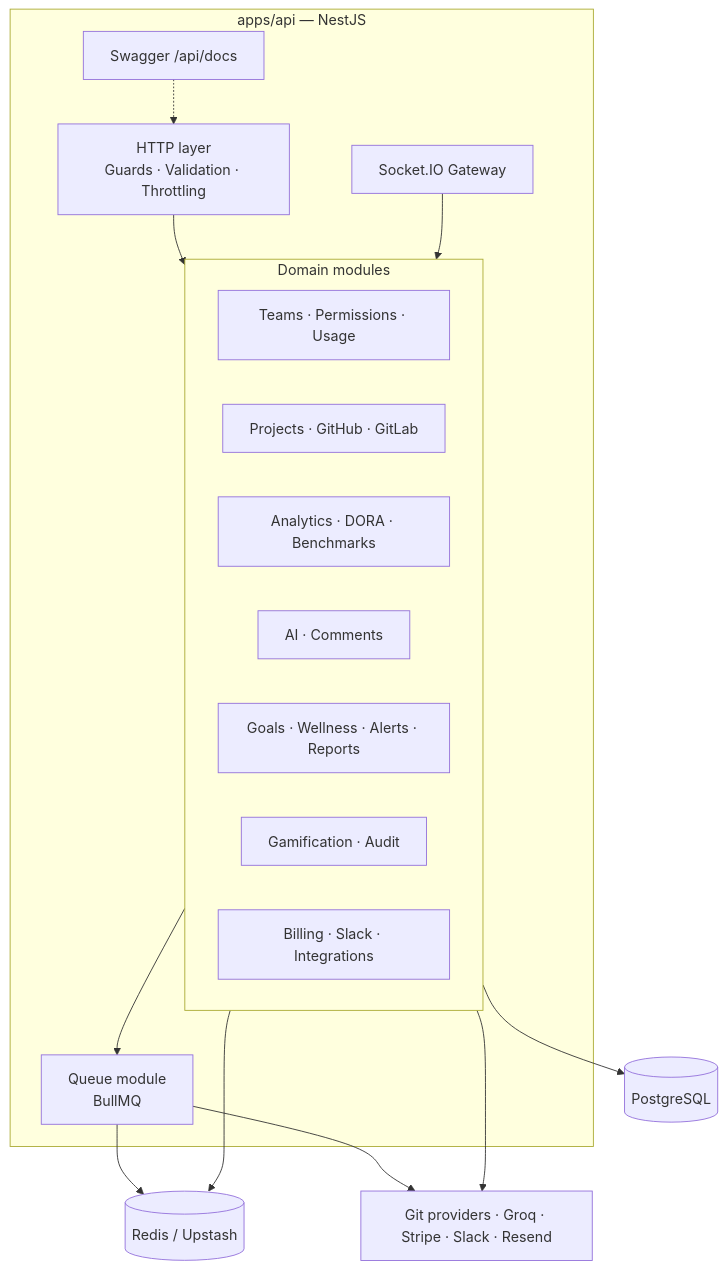
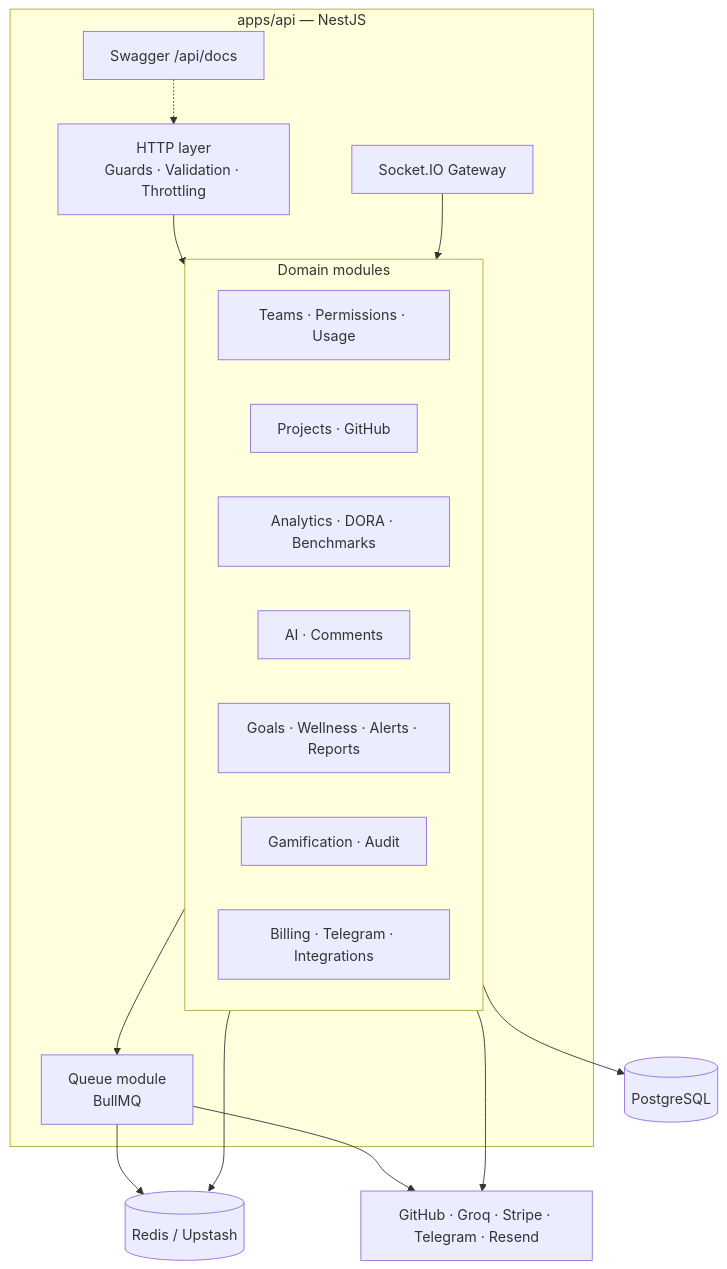
One commit to NajibHossain49/DevPulse changed the third of 4 diagrams in README.md. Above: the diagram before and after it, drawn with Mermaid. The commit also changed other lines of this file and 23 other files, not shown here.

First line of the commit message:
Refactor integrations to replace Slack with Telegram

````diff
--- a/README.md
+++ b/README.md
@@ -135,34 +135,34 @@
 ```mermaid
 flowchart TB
   subgraph NestAPI["apps/api — NestJS"]
     HTTP["HTTP layer<br/>Guards · Validation · Throttling"]
     Swagger["Swagger /api/docs"]
     WS["Socket.IO Gateway"]
 
     subgraph Domains["Domain modules"]
       TeamsMod["Teams · Permissions · Usage"]
-      ProjMod["Projects · GitHub · GitLab"]
+      ProjMod["Projects · GitHub"]
       AnalyticsMod["Analytics · DORA · Benchmarks"]
       AiMod["AI · Comments"]
       OpsMod["Goals · Wellness · Alerts · Reports"]
       GameMod["Gamification · Audit"]
-      BillMod["Billing · Slack · Integrations"]
+      BillMod["Billing · Telegram · Integrations"]
     end
 
     QueueMod["Queue module<br/>BullMQ"]
   end
 
   DB[(PostgreSQL)]
   Redis[(Redis / Upstash)]
-  Providers["Git providers · Groq · Stripe · Slack · Resend"]
+  Providers["GitHub · Groq · Stripe · Telegram · Resend"]
 
   HTTP --> Domains
   WS --> Domains
   Domains --> DB
   Domains --> Redis
   Domains --> Providers
   Domains --> QueueMod
   QueueMod --> Redis
   QueueMod --> Providers
   Swagger -.-> HTTP
 ```
````
